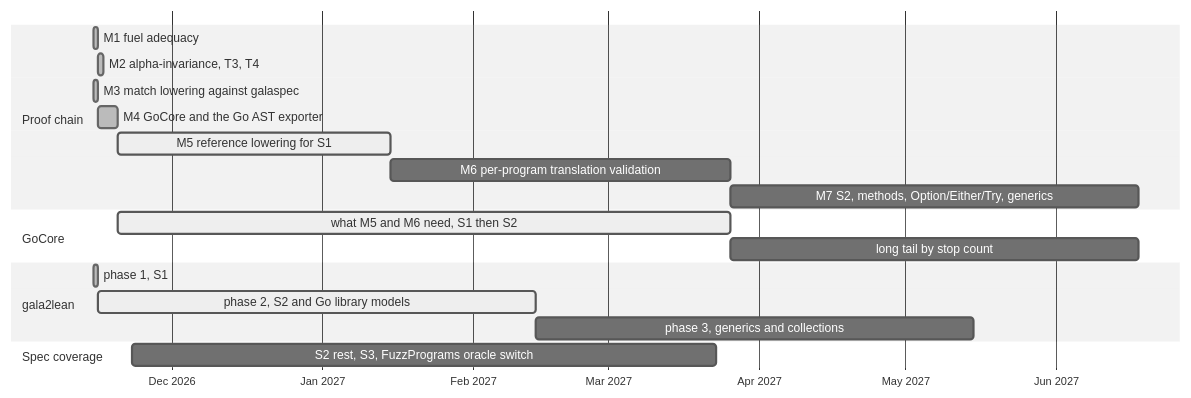
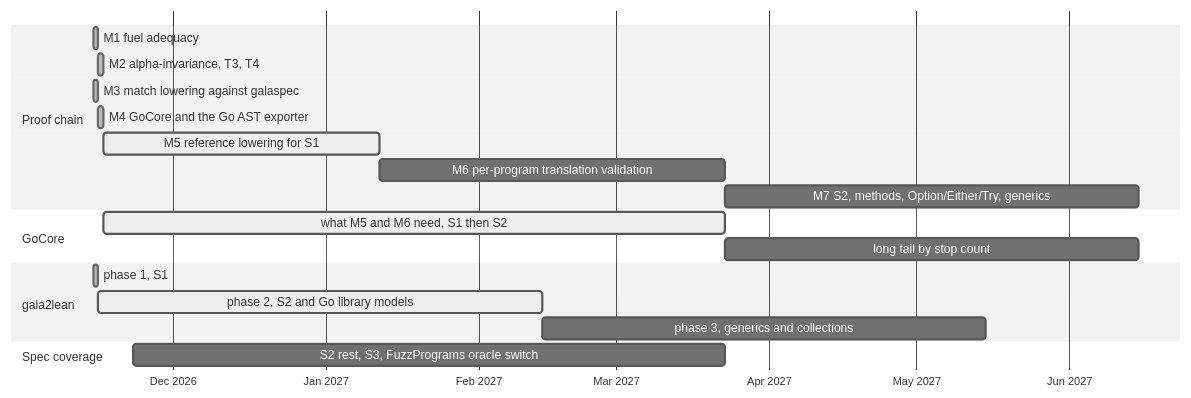
The seventh of 7 diagrams in docs/FORMAL_SEMANTICS.MD (martianoff/gala), drawn with Mermaid (neutral theme) before and after one commit. The commit also changed other lines of this file, not shown here.

````diff
--- a/docs/FORMAL_SEMANTICS.MD
+++ b/docs/FORMAL_SEMANTICS.MD
@@ -1208,22 +1210,22 @@
 ```mermaid
 gantt
     dateFormat  YYYY-MM-DD
     axisFormat  %b %Y
     section Proof chain
     M1 fuel adequacy                         :done, m1, 2026-11-15, 1d
     M2 alpha-invariance, T3, T4              :done, m2, 2026-11-16, 1d
     M3 match lowering against galaspec       :done, m3, 2026-11-15, 1d
-    M4 GoCore and the Go AST exporter        :done, m4, 2026-11-16, 4d
+    M4 GoCore and the Go AST exporter        :done, m4, 2026-11-16, 1d
     M5 reference lowering for S1             :active, m5, after m4, 56d
     M6 per-program translation validation    :m6, after m5, 70d
     M7 S2, methods, Option/Either/Try, generics :m7, after m6, 84d
     section GoCore
     what M5 and M6 need, S1 then S2          :active, g1, after m4, 126d
     long tail by stop count                  :g2, after g1, 84d
     section gala2lean
     phase 1, S1                              :done, l1, 2026-11-15, 1d
     phase 2, S2 and Go library models        :active, l2, after l1, 90d
     phase 3, generics and collections        :l3, after l2, 90d
     section Spec coverage
     S2 rest, S3, FuzzPrograms oracle switch  :c1, 2026-11-23, 120d
 ```
````
